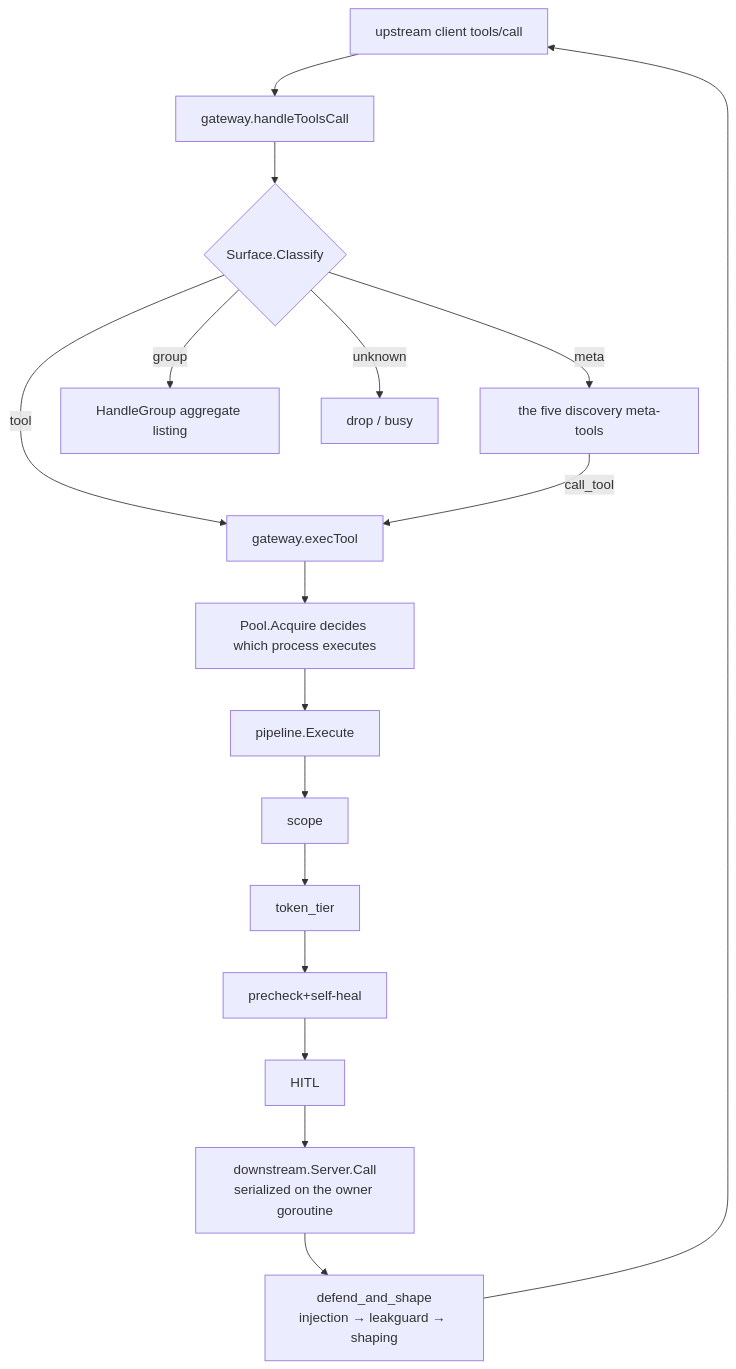
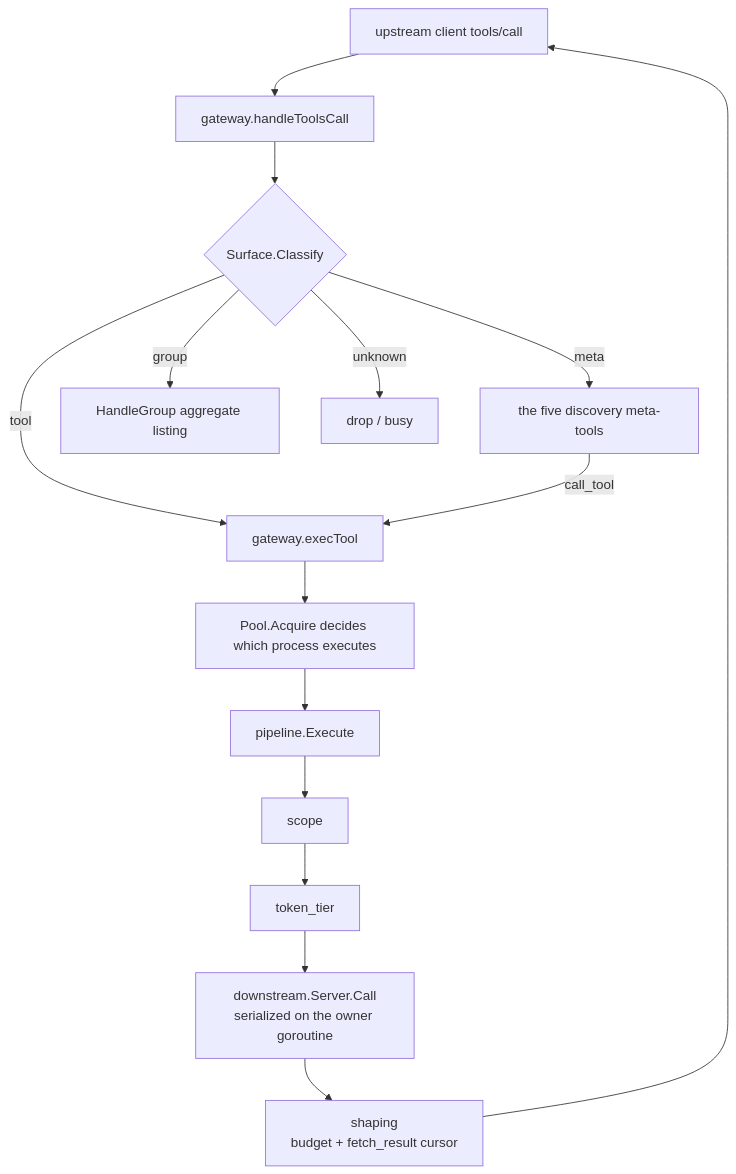
The diagram in docs/modules/dataplane.md (dinstein/agent-hub), drawn with Mermaid before and after one commit. The commit also changed other lines of this file, not shown here.

````diff
--- a/docs/modules/dataplane.md
+++ b/docs/modules/dataplane.md
@@ -45,16 +44,16 @@
 ```mermaid
 flowchart TD
     C[upstream client tools/call] --> H[gateway.handleToolsCall]
     H --> CL{Surface.Classify}
     CL -->|meta| M[the five discovery meta-tools]
     CL -->|group| G[HandleGroup aggregate listing]
     CL -->|tool| E[gateway.execTool]
     CL -->|unknown| D[drop / busy]
     M -->|call_tool| E
     E --> LK[Pool.Acquire decides which process executes]
     LK --> P[pipeline.Execute]
-    P --> G1[scope] --> G2[token_tier] --> G3[precheck+self-heal] --> G4[HITL]
-    G4 --> DS[downstream.Server.Call<br/>serialized on the owner goroutine]
-    DS --> SH[defend_and_shape<br/>injection → leakguard → shaping]
+    P --> G1[scope] --> G2[token_tier]
+    G2 --> DS[downstream.Server.Call<br/>serialized on the owner goroutine]
+    DS --> SH[shaping<br/>budget + fetch_result cursor]
     SH --> C
 ```
````
